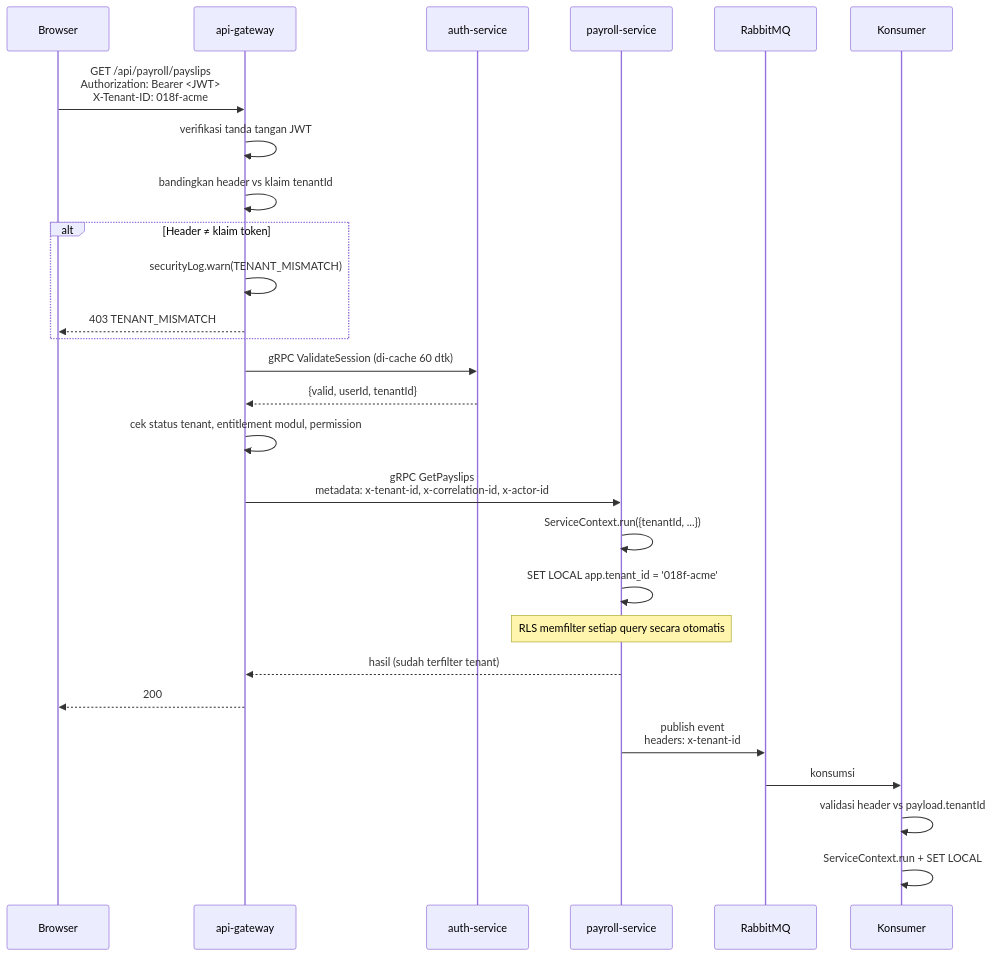
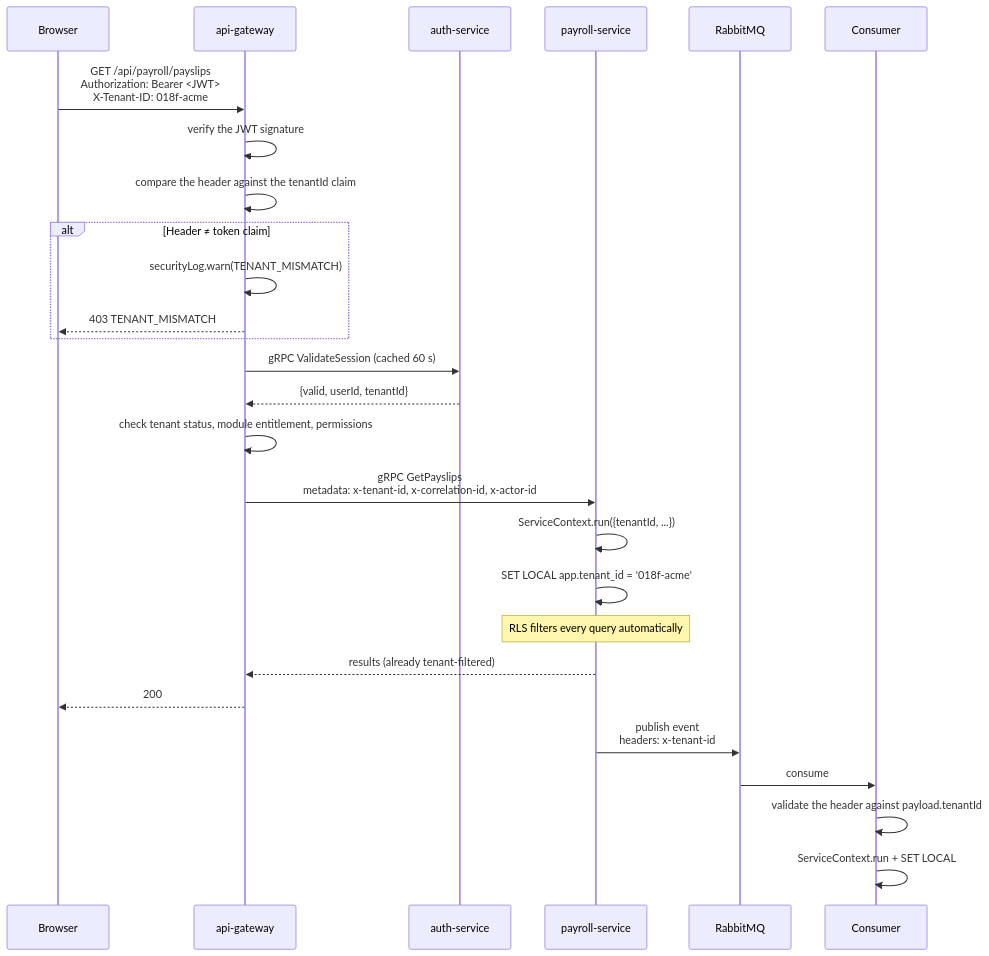
One commit to zed378/hris changed the first of 3 diagrams in PLAN/06-Multitenancy-Auth.md. Above: the diagram before and after it, drawn with Mermaid. The commit also changed other lines of this file and 1 other file, not shown here.

Commit message:
docs(plan): translate multitenancy/auth and dashboard documents to English

````diff
--- a/PLAN/06-Multitenancy-Auth.md
+++ b/PLAN/06-Multitenancy-Auth.md
@@ -65,34 +65,34 @@
 ```mermaid
 sequenceDiagram
     participant B as Browser
     participant GW as api-gateway
     participant AUTH as auth-service
     participant SVC as payroll-service
     participant MQ as RabbitMQ
-    participant W as Konsumer
+    participant W as Consumer
 
     B->>GW: GET /api/payroll/payslips<br/>Authorization: Bearer <JWT><br/>X-Tenant-ID: 018f-acme
-    GW->>GW: verifikasi tanda tangan JWT
-    GW->>GW: bandingkan header vs klaim tenantId
+    GW->>GW: verify the JWT signature
+    GW->>GW: compare the header against the tenantId claim
 
-    alt Header ≠ klaim token
+    alt Header ≠ token claim
         GW->>GW: securityLog.warn(TENANT_MISMATCH)
         GW-->>B: 403 TENANT_MISMATCH
     end
 
-    GW->>AUTH: gRPC ValidateSession (di-cache 60 dtk)
+    GW->>AUTH: gRPC ValidateSession (cached 60 s)
     AUTH-->>GW: {valid, userId, tenantId}
-    GW->>GW: cek status tenant, entitlement modul, permission
+    GW->>GW: check tenant status, module entitlement, permissions
 
     GW->>SVC: gRPC GetPayslips<br/>metadata: x-tenant-id, x-correlation-id, x-actor-id
     SVC->>SVC: ServiceContext.run({tenantId, ...})
     SVC->>SVC: SET LOCAL app.tenant_id = '018f-acme'
-    Note over SVC: RLS memfilter setiap query secara otomatis
-    SVC-->>GW: hasil (sudah terfilter tenant)
+    Note over SVC: RLS filters every query automatically
+    SVC-->>GW: results (already tenant-filtered)
     GW-->>B: 200
 
     SVC->>MQ: publish event<br/>headers: x-tenant-id
-    MQ->>W: konsumsi
-    W->>W: validasi header vs payload.tenantId
+    MQ->>W: consume
+    W->>W: validate the header against payload.tenantId
     W->>W: ServiceContext.run + SET LOCAL
 ```
````
